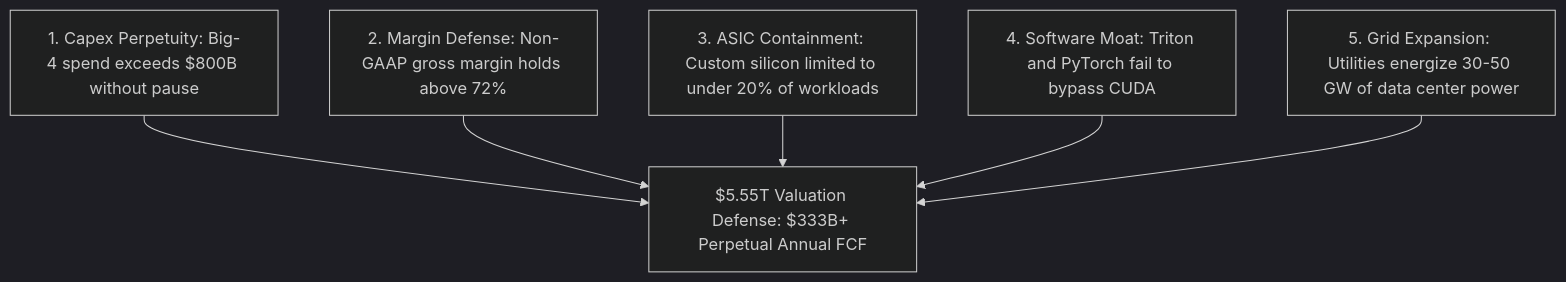
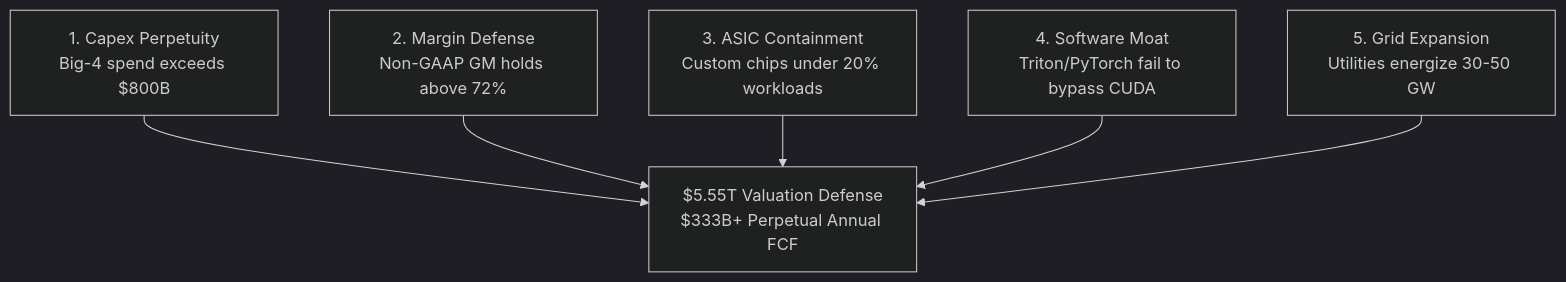
Before and after one commit to Unheat/memeTrading: the second of 2 diagrams in web/src/content/articles/nvda-nvda-2026-09-28-002.md, drawn with Mermaid (dark theme). The commit also changed other lines of this file and 5 other files, not shown here.

First line of the commit message:
fix(frontend,media): resolve black-on-black code blocks and Mermaid text clipping

````diff
--- a/web/src/content/articles/nvda-nvda-2026-09-28-002.md
+++ b/web/src/content/articles/nvda-nvda-2026-09-28-002.md
@@ -193,8 +263,8 @@
 ```mermaid
 flowchart TD
-    P1["1. Capex Perpetuity: Big-4 spend exceeds $800B without pause"] --> V["$5.55T Valuation Defense: $333B+ Perpetual Annual FCF"]
-    P2["2. Margin Defense: Non-GAAP gross margin holds above 72%"] --> V
-    P3["3. ASIC Containment: Custom silicon limited to under 20% of workloads"] --> V
-    P4["4. Software Moat: Triton and PyTorch fail to bypass CUDA"] --> V
-    P5["5. Grid Expansion: Utilities energize 30-50 GW of data center power"] --> V
+    P1["1. Capex Perpetuity<br/>Big-4 spend exceeds $800B"] --> V["$5.55T Valuation Defense<br/>$333B+ Perpetual Annual FCF"]
+    P2["2. Margin Defense<br/>Non-GAAP GM holds above 72%"] --> V
+    P3["3. ASIC Containment<br/>Custom chips under 20% workloads"] --> V
+    P4["4. Software Moat<br/>Triton/PyTorch fail to bypass CUDA"] --> V
+    P5["5. Grid Expansion<br/>Utilities energize 30-50 GW"] --> V
 ```
````
